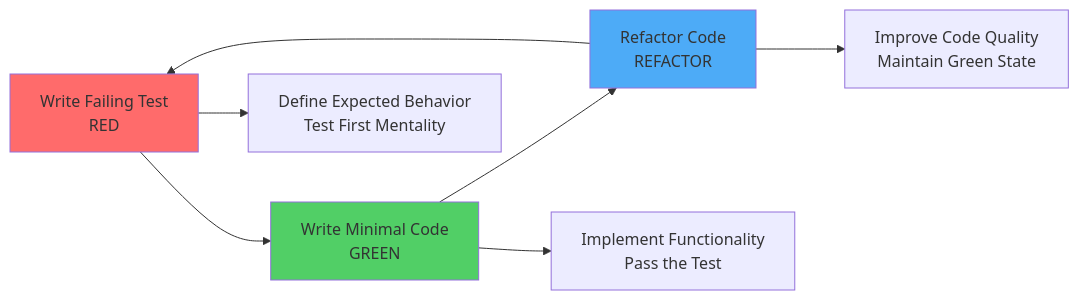
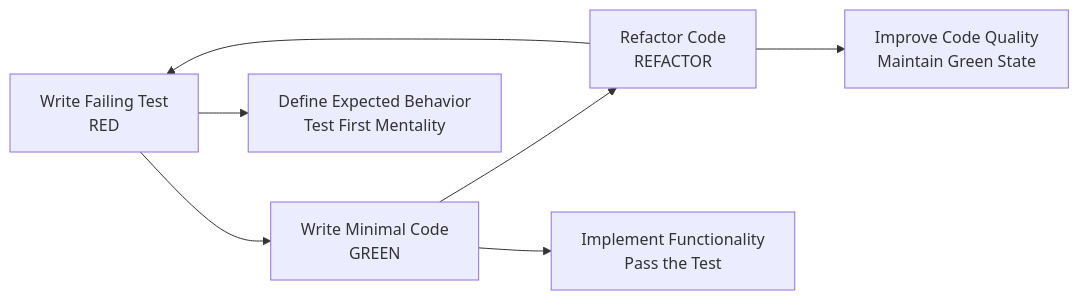
The third of 10 diagrams in arguments/chapters/10-testing.md (BabaScience/react-guides), drawn with Mermaid before and after one commit. The commit also changed other lines of this file and 29 other files, not shown here.

First line of the commit message:
Bring React FR/IT translations to full English parity + theme-safe diagrams

````diff
--- a/arguments/chapters/10-testing.md
+++ b/arguments/chapters/10-testing.md
@@ -105,14 +98,11 @@
 ```mermaid
 graph LR
     A[Write Failing Test<br/>RED] --> B[Write Minimal Code<br/>GREEN]
     B --> C[Refactor Code<br/>REFACTOR]
     C --> A
     
     A --> A1[Define Expected Behavior<br/>Test First Mentality]
     B --> B1[Implement Functionality<br/>Pass the Test]
     C --> C1[Improve Code Quality<br/>Maintain Green State]
     
-    style A fill:#ff6b6b
-    style B fill:#51cf66
-    style C fill:#4dabf7
 ```
````
